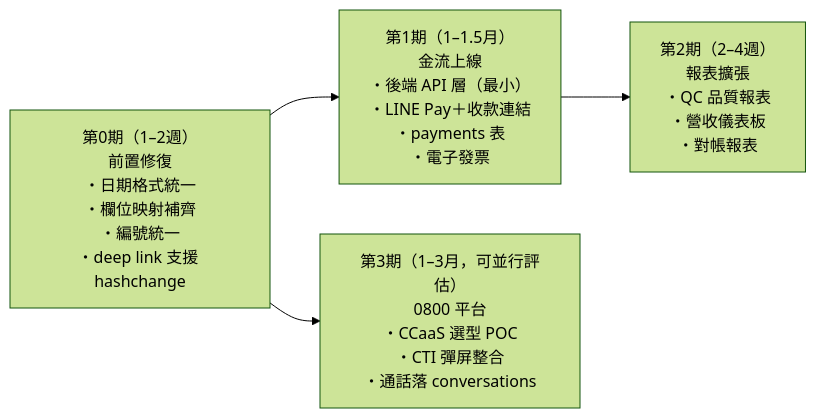
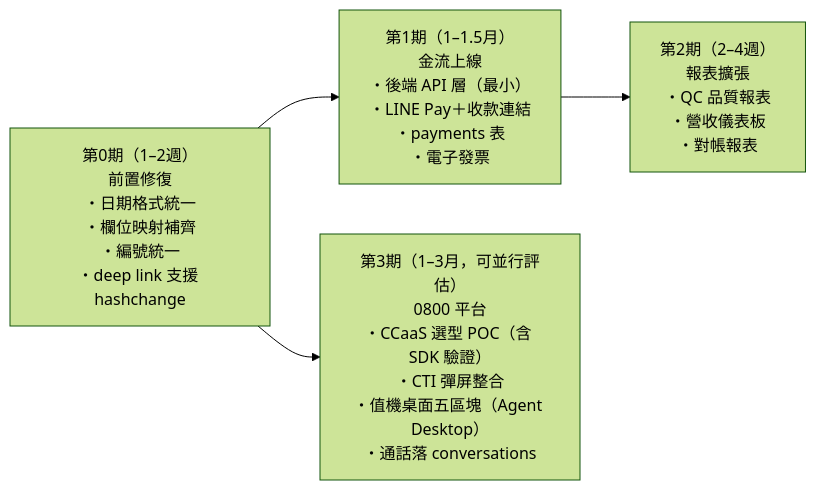
Before and after one commit to fishchen0707-source/waferlockCRM: the fifth of 5 diagrams in docs/計畫書2_擴張藍圖_金流報表0800.md, drawn with Mermaid (forest theme). The commit also changed other lines of this file and 1 other file, not shown here.

````diff
--- a/docs/計畫書2_擴張藍圖_金流報表0800.md
+++ b/docs/計畫書2_擴張藍圖_金流報表0800.md
@@ -221,10 +264,10 @@
 ```mermaid
 flowchart LR
     P0["第0期（1–2週）<br/>前置修復<br/>・日期格式統一<br/>・欄位映射補齊<br/>・編號統一<br/>・deep link 支援 hashchange"]
     P1["第1期（1–1.5月）<br/>金流上線<br/>・後端 API 層（最小）<br/>・LINE Pay＋收款連結<br/>・payments 表<br/>・電子發票"]
     P2["第2期（2–4週）<br/>報表擴張<br/>・QC 品質報表<br/>・營收儀表板<br/>・對帳報表"]
-    P3["第3期（1–3月，可並行評估）<br/>0800 平台<br/>・CCaaS 選型 POC<br/>・CTI 彈屏整合<br/>・通話落 conversations"]
+    P3["第3期（1–3月，可並行評估）<br/>0800 平台<br/>・CCaaS 選型 POC（含 SDK 驗證）<br/>・CTI 彈屏整合<br/>・值機桌面五區塊（Agent Desktop）<br/>・通話落 conversations"]
 
     P0 --> P1 --> P2
     P0 --> P3
 ```
````
